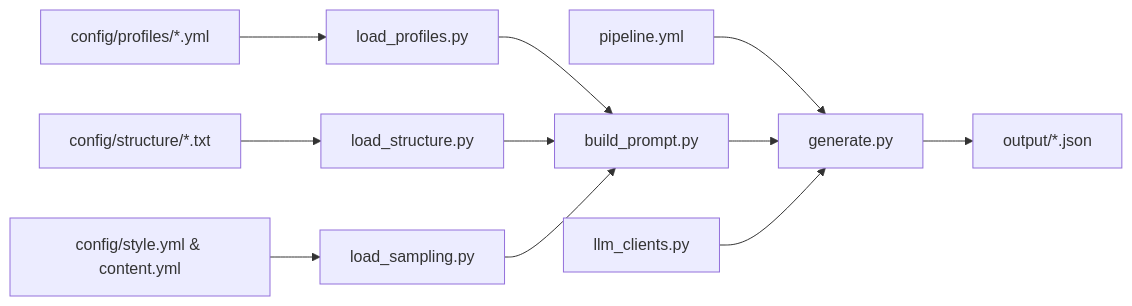
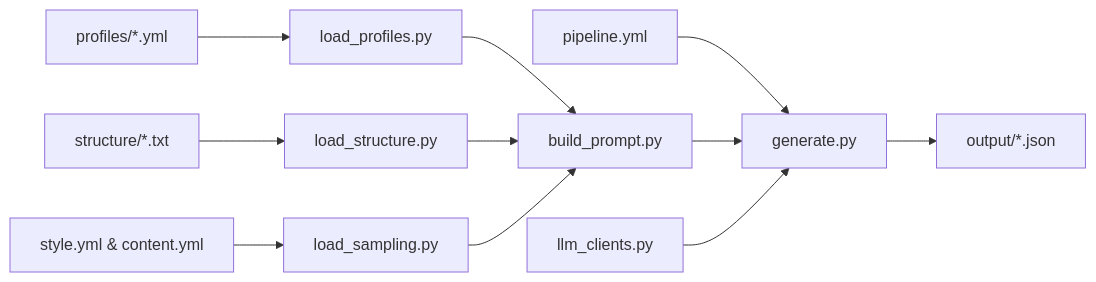
Before and after one commit to londonaicentre/MESA-Build: the diagram in lib/docsynth/README.md, drawn with Mermaid.

Commit message:
nit(docsynth): update flowchart file references

````diff
--- a/lib/docsynth/README.md
+++ b/lib/docsynth/README.md
@@ -65,14 +65,14 @@
 ```mermaid
 flowchart LR
     A[pipeline.yml] --> G[generate.py]
-    B[config/profiles/*.yml] --> C[load_profiles.py]
-    D[config/structure/*.txt] --> E[load_structure.py]
-    F[config/style.yml & content.yml] --> H[load_sampling.py]
+    B[profiles/*.yml] --> C[load_profiles.py]
+    D[structure/*.txt] --> E[load_structure.py]
+    F[style.yml & content.yml] --> H[load_sampling.py]
     C --> I[build_prompt.py]
     E --> I
     H --> I
     I --> G
     J[llm_clients.py] --> G
     G --> K[output/*.json]
 
 ```
````
